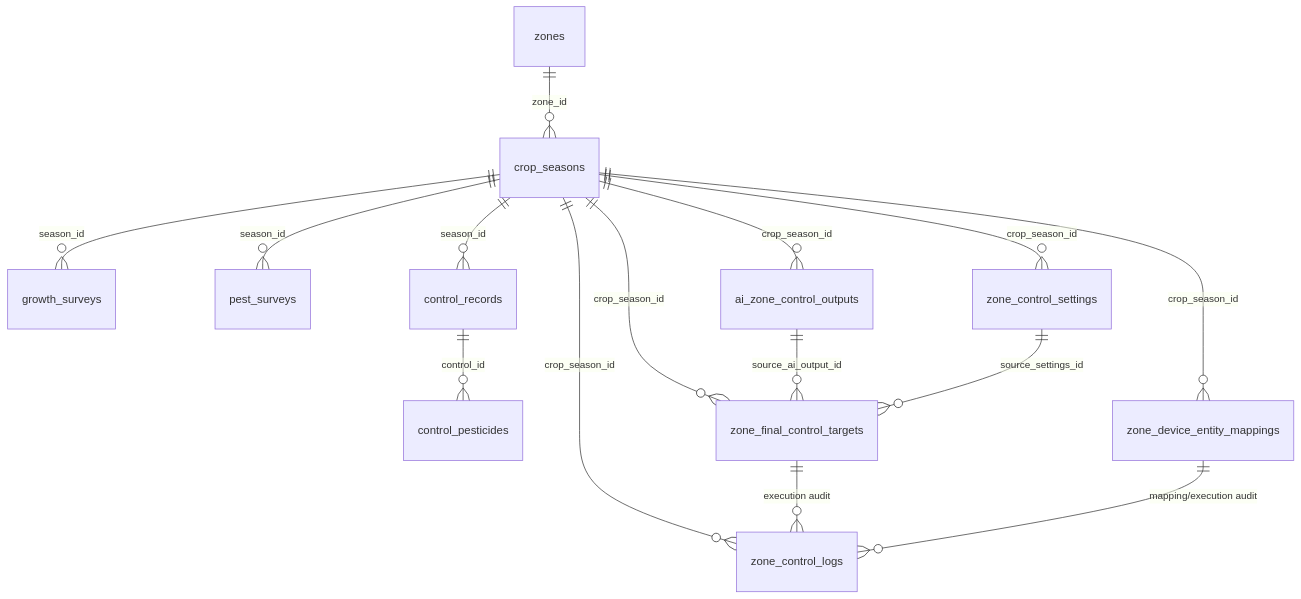
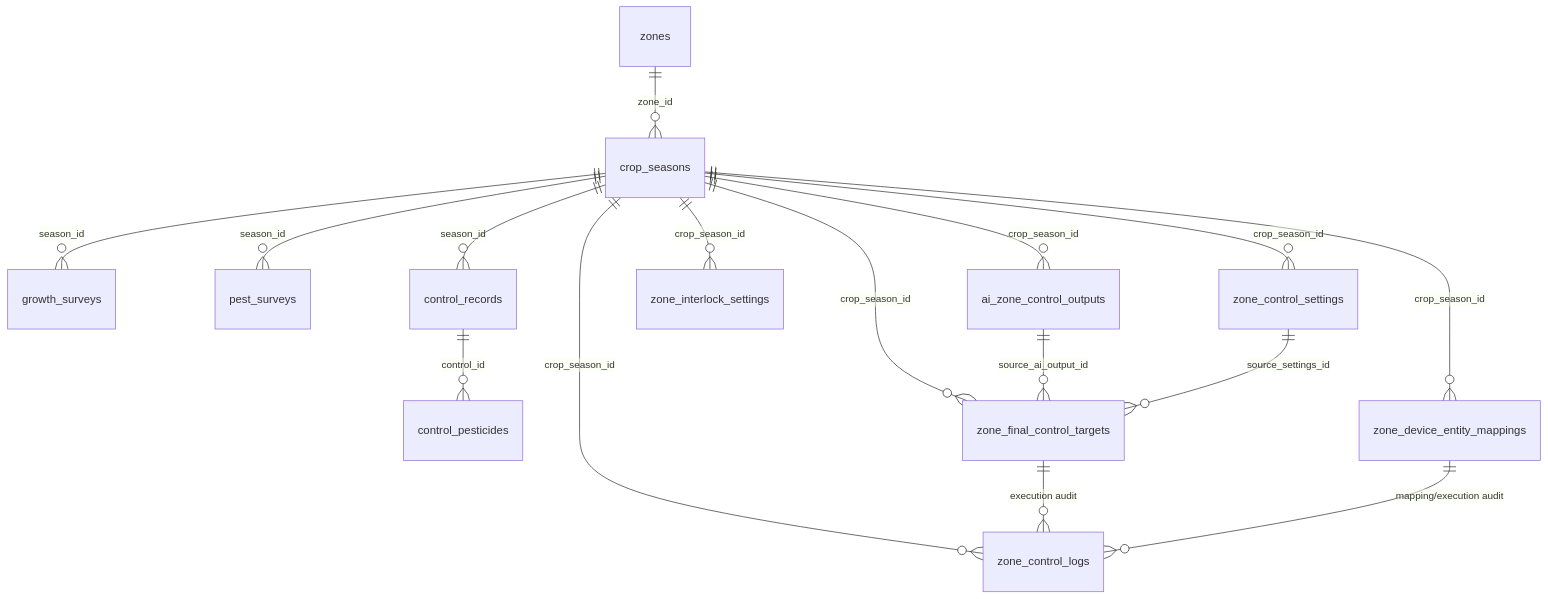
Before and after one commit to whoareyou-l/green_smart: the diagram in docs/PROJECT_GUIDE.md, drawn with Mermaid. The commit also changed other lines of this file and 12 other files, not shown here.

Commit message:
feat: add phase 1 interlock settings foundation

````diff
--- a/docs/PROJECT_GUIDE.md
+++ b/docs/PROJECT_GUIDE.md
@@ -771,19 +794,20 @@
 ```mermaid
 erDiagram
     zones ||--o{ crop_seasons : "zone_id"
     crop_seasons ||--o{ growth_surveys : "season_id"
     crop_seasons ||--o{ pest_surveys : "season_id"
     crop_seasons ||--o{ control_records : "season_id"
     control_records ||--o{ control_pesticides : "control_id"
 
     crop_seasons ||--o{ zone_control_settings : "crop_season_id"
+    crop_seasons ||--o{ zone_interlock_settings : "crop_season_id"
     crop_seasons ||--o{ ai_zone_control_outputs : "crop_season_id"
     crop_seasons ||--o{ zone_final_control_targets : "crop_season_id"
     crop_seasons ||--o{ zone_device_entity_mappings : "crop_season_id"
     crop_seasons ||--o{ zone_control_logs : "crop_season_id"
 
     ai_zone_control_outputs ||--o{ zone_final_control_targets : "source_ai_output_id"
     zone_control_settings ||--o{ zone_final_control_targets : "source_settings_id"
     zone_final_control_targets ||--o{ zone_control_logs : "execution audit"
     zone_device_entity_mappings ||--o{ zone_control_logs : "mapping/execution audit"
 ```
````
